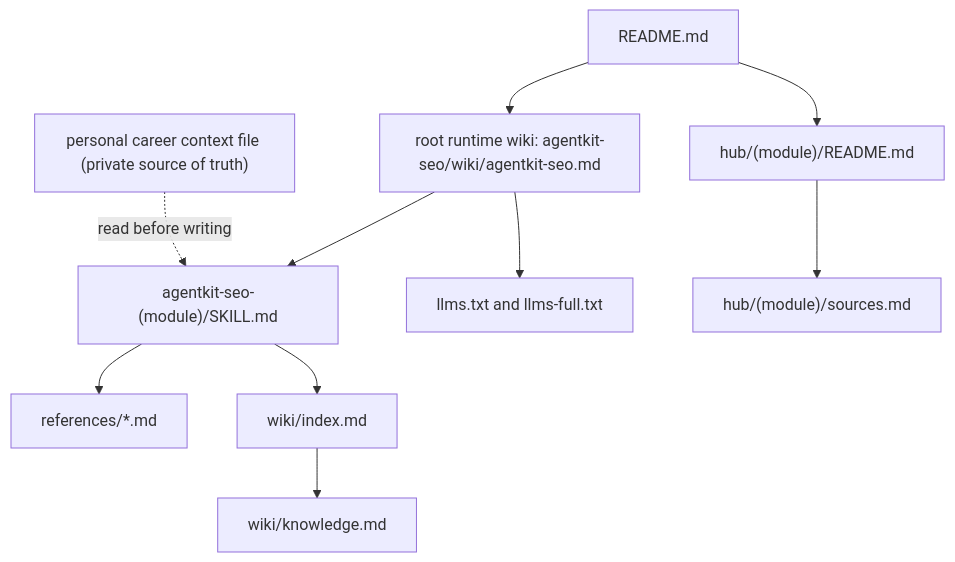
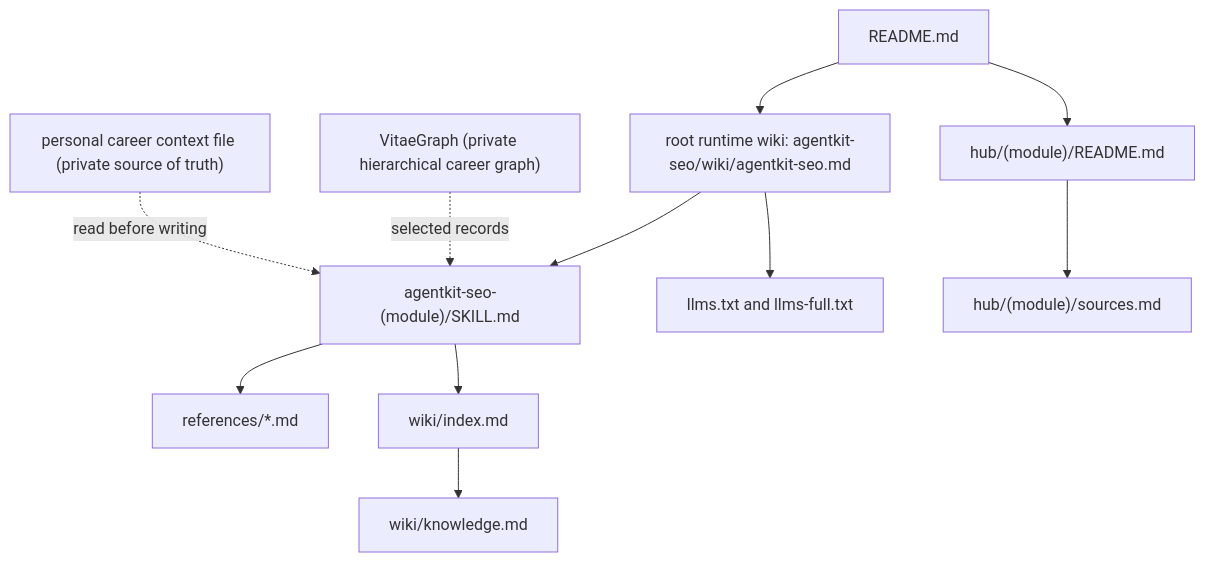
The diagram in DESIGN.md (vitaecontext/vitaecontext), drawn with Mermaid before and after one commit. The commit also changed other lines of this file and 8 other files, not shown here.

````diff
--- a/DESIGN.md
+++ b/DESIGN.md
@@ -64,23 +69,25 @@
 ```mermaid
 flowchart TD
   CTX["personal career context file (private source of truth)"]
+  VG["VitaeGraph (private hierarchical career graph)"]
   README["README.md"]
   ROOT["root runtime wiki: agentkit-seo/wiki/agentkit-seo.md"]
   SKILL["agentkit-seo-(module)/SKILL.md"]
   REF["references/*.md"]
   WIDX["wiki/index.md"]
   WKNOW["wiki/knowledge.md"]
   HUB["hub/(module)/README.md"]
   SRC["hub/(module)/sources.md"]
   LLMS["llms.txt and llms-full.txt"]
 
   README --> ROOT
   README --> HUB
   HUB --> SRC
   ROOT --> SKILL
   ROOT --> LLMS
   SKILL --> REF
   SKILL --> WIDX
   WIDX --> WKNOW
   CTX -. read before writing .-> SKILL
+  VG -. selected records .-> SKILL
 ```
````
